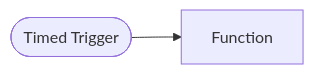
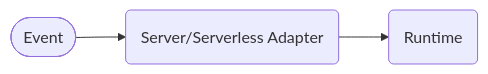
The fifth of 5 diagrams in docs/concepts/index.md (pikkujs/website), drawn with Mermaid before and after one commit. The commit also changed other lines of this file and 15 other files, not shown here.

Commit message:
improving documentation and adding graphs

````diff
--- a/docs/concepts/index.md
+++ b/docs/concepts/index.md
@@ -157,4 +129,5 @@
 ```mermaid
-graph LR
-  Event([Timed Trigger]) --> Function
+flowchart LR
+  Event([Event]) --> Deployment(Server/Serverless Adapter) --> Runtime(Runtime)
+
 ```
````
